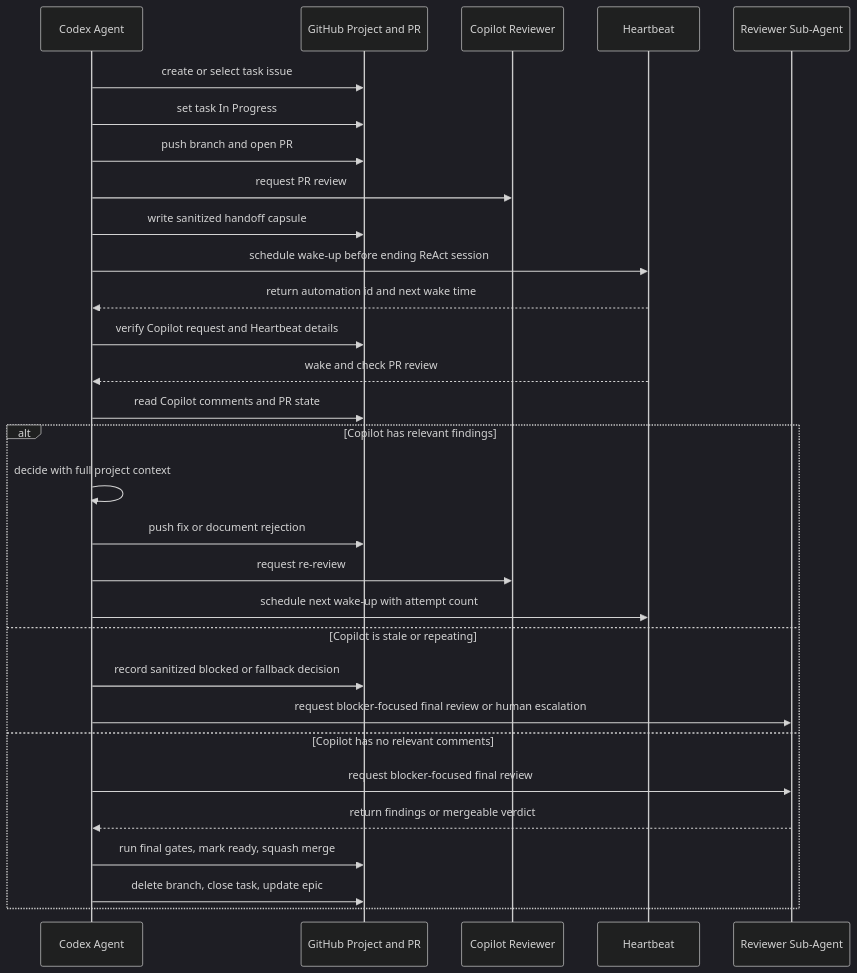
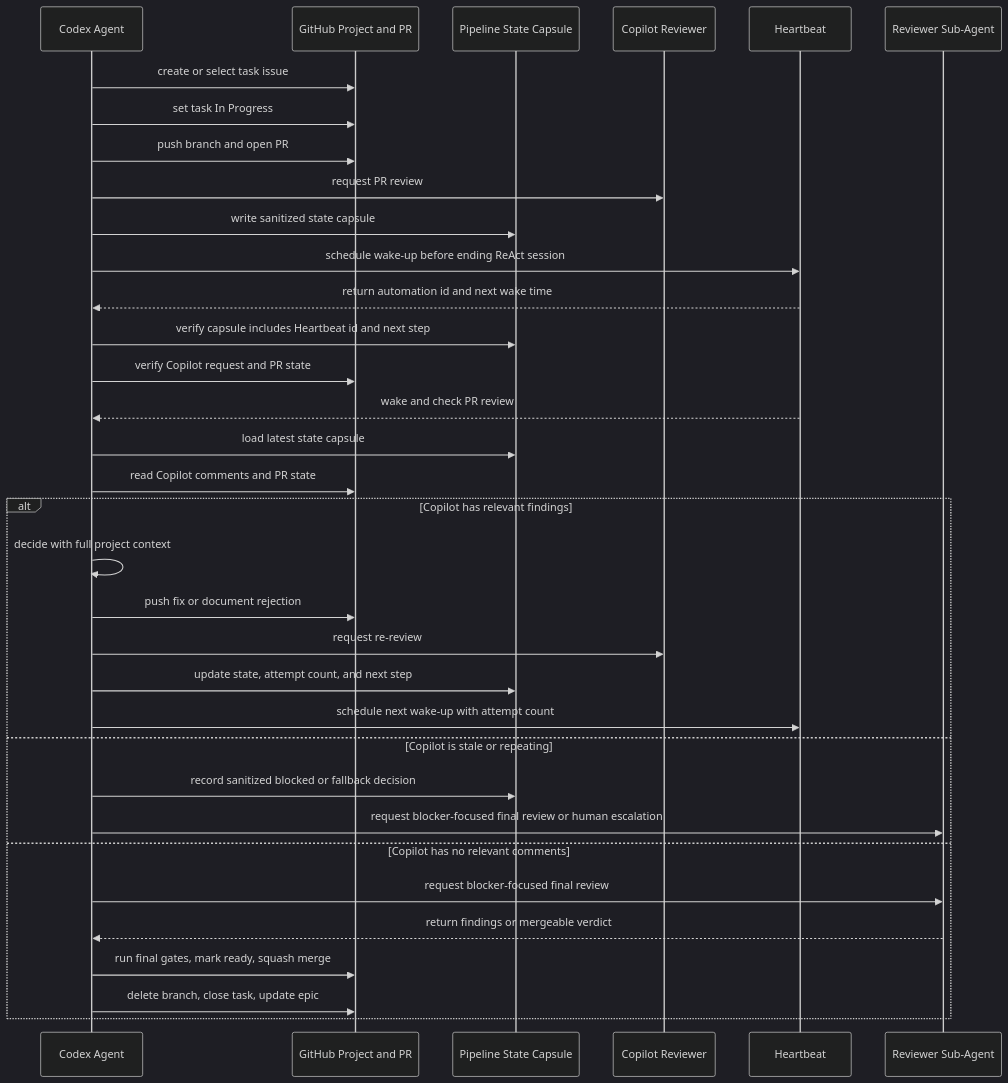
One commit to Turkevich91/Aigan changed the second of 3 diagrams in AGENTS.dev-pipeline-contract.md. Above: the diagram before and after it, drawn with Mermaid (dark theme). The commit also changed other lines of this file, not shown here.

Commit message:
docs: define agent pipeline persisted state

````diff
--- a/AGENTS.dev-pipeline-contract.md
+++ b/AGENTS.dev-pipeline-contract.md
@@ -61,33 +64,37 @@
 ```mermaid
 sequenceDiagram
     participant CA as Codex Agent
     participant GH as GitHub Project and PR
+    participant PS as Pipeline State Capsule
     participant CP as Copilot Reviewer
     participant HB as Heartbeat
     participant RA as Reviewer Sub-Agent
 
     CA->>GH: create or select task issue
     CA->>GH: set task In Progress
     CA->>GH: push branch and open PR
     CA->>CP: request PR review
-    CA->>GH: write sanitized handoff capsule
+    CA->>PS: write sanitized state capsule
     CA->>HB: schedule wake-up before ending ReAct session
     HB-->>CA: return automation id and next wake time
-    CA->>GH: verify Copilot request and Heartbeat details
+    CA->>PS: verify capsule includes Heartbeat id and next step
+    CA->>GH: verify Copilot request and PR state
     HB-->>CA: wake and check PR review
+    CA->>PS: load latest state capsule
     CA->>GH: read Copilot comments and PR state
     alt Copilot has relevant findings
         CA->>CA: decide with full project context
         CA->>GH: push fix or document rejection
         CA->>CP: request re-review
+        CA->>PS: update state, attempt count, and next step
         CA->>HB: schedule next wake-up with attempt count
     else Copilot is stale or repeating
-        CA->>GH: record sanitized blocked or fallback decision
+        CA->>PS: record sanitized blocked or fallback decision
         CA->>RA: request blocker-focused final review or human escalation
     else Copilot has no relevant comments
         CA->>RA: request blocker-focused final review
         RA-->>CA: return findings or mergeable verdict
         CA->>GH: run final gates, mark ready, squash merge
         CA->>GH: delete branch, close task, update epic
     end
 ```
````
